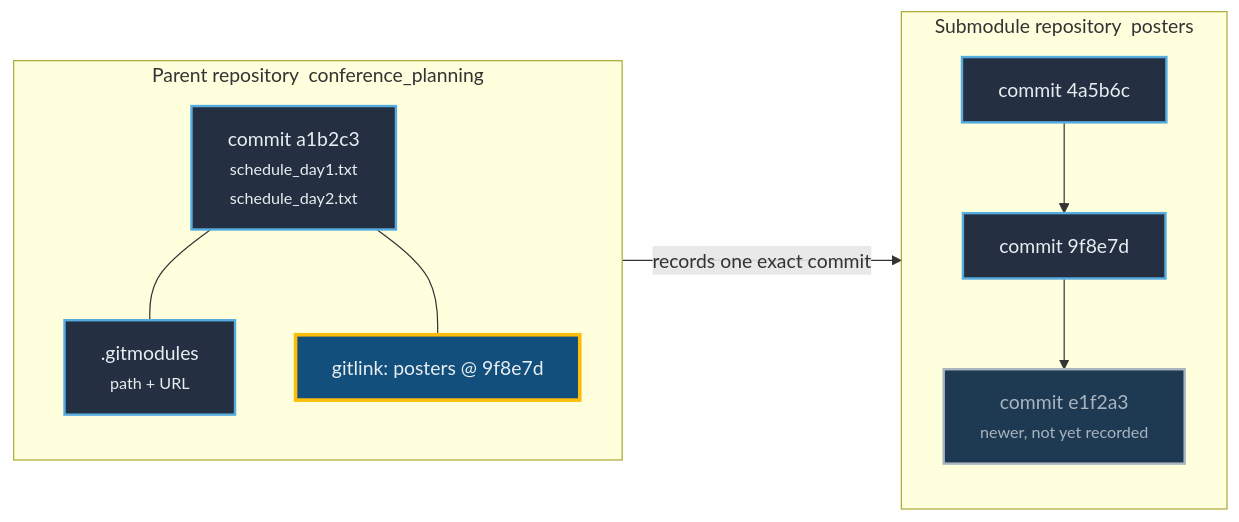
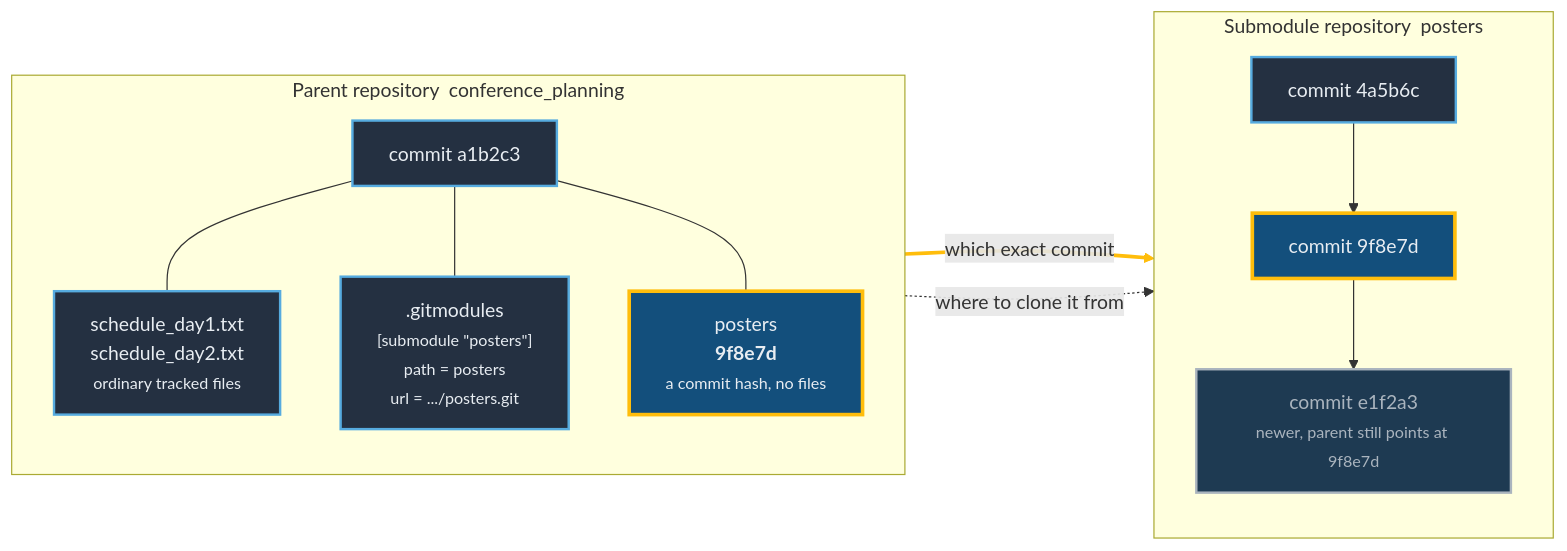
The diagram in advanced/slides/diagrams/submodule-pointer.mmd (C2SM/git-course), drawn with Mermaid before and after one commit. The commit also changed 4 other files, not shown here.

Commit message:
fix(slides): gitmodules graph

```diff
--- a/advanced/slides/diagrams/submodule-pointer.mmd
+++ b/advanced/slides/diagrams/submodule-pointer.mmd
@@ -1,26 +1,31 @@
 flowchart LR
     subgraph parent["Parent repository &nbsp;conference_planning"]
         direction TB
-        PC["commit a1b2c3<br><small>schedule_day1.txt<br>schedule_day2.txt</small>"]
-        GM[".gitmodules<br><small>path + URL</small>"]
-        GL["gitlink: posters @ 9f8e7d"]
+        PC["commit a1b2c3"]
+        F["schedule_day1.txt<br>schedule_day2.txt<br><small>ordinary tracked files</small>"]
+        GM[".gitmodules<br><small>[submodule &quot;posters&quot;]<br>path = posters<br>url = .../posters.git</small>"]
+        SUB["posters<br><b>9f8e7d</b><br><small>a commit hash, no files</small>"]
+        PC --- F
+        PC --- GM
+        PC --- SUB
     end
 
     subgraph child["Submodule repository &nbsp;posters"]
         direction TB
         C1["commit 4a5b6c"]
         C2["commit 9f8e7d"]
-        C3["commit e1f2a3<br><small>newer, not yet recorded</small>"]
+        C3["commit e1f2a3<br><small>newer, parent still points at 9f8e7d</small>"]
         C1 --> C2 --> C3
     end
 
-    PC --- GM
-    PC --- GL
-    GL -- "records one exact commit" --> C2
+    GM -. "where to clone it from" .-> child
+    SUB == "which exact commit" ==> C2
+
+    linkStyle 6 stroke:#ffbd0b,stroke-width:3px
 
     classDef box fill:#243041,stroke:#56abdf,stroke-width:2px,color:#e8edf2
     classDef ptr fill:#134f7c,stroke:#ffbd0b,stroke-width:3px,color:#e8edf2
     classDef ahead fill:#1e3a52,stroke:#aab4be,stroke-width:2px,color:#aab4be
-    class PC,GM,C1,C2 box
-    class GL ptr
+    class PC,F,GM,C1 box
+    class SUB,C2 ptr
     class C3 ahead
```
